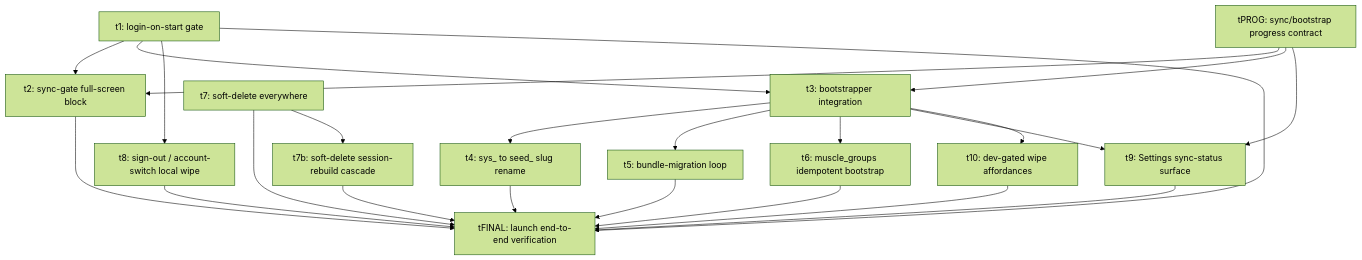
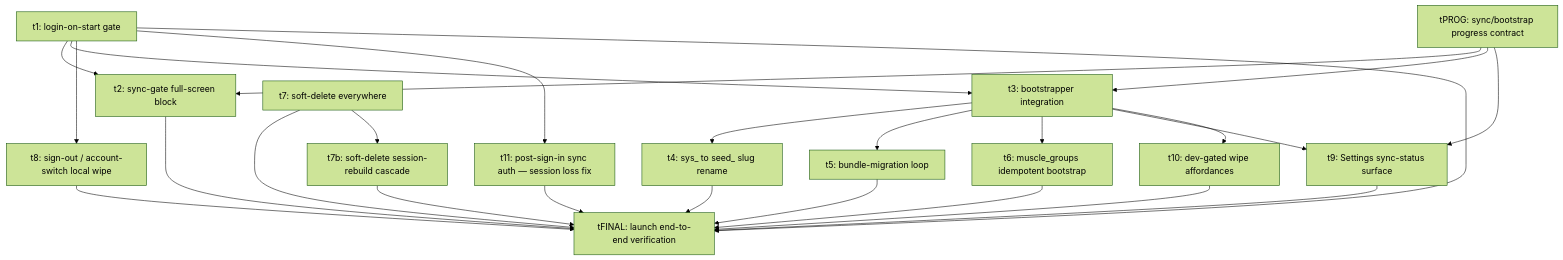
The diagram in docs/plans/sync-v2-launch/plan.md (Brotherhood-of-Ghisa/BOGA3), drawn with Mermaid (forest theme) before and after one commit. The commit also changed other lines of this file and 2 other files, not shown here.

Commit message:
chore(sync-v2-launch): iter-7 — add t11 auth-session fix; hold t2 (#113)

````diff
--- a/docs/plans/sync-v2-launch/plan.md
+++ b/docs/plans/sync-v2-launch/plan.md
@@ -116,41 +116,44 @@
 ```mermaid
 graph TD
   tPROG[tPROG: sync/bootstrap progress contract]
   t1[t1: login-on-start gate]
   t2[t2: sync-gate full-screen block]
   t3[t3: bootstrapper integration]
   t4[t4: sys_ to seed_ slug rename]
   t5[t5: bundle-migration loop]
   t6[t6: muscle_groups idempotent bootstrap]
   t7[t7: soft-delete everywhere]
   t7b[t7b: soft-delete session-rebuild cascade]
   t8[t8: sign-out / account-switch local wipe]
   t9[t9: Settings sync-status surface]
   t10[t10: dev-gated wipe affordances]
+  t11[t11: post-sign-in sync auth — session loss fix]
   tFINAL[tFINAL: launch end-to-end verification]
 
   tPROG --> t2
   tPROG --> t3
   tPROG --> t9
 
   t1 --> t2
   t1 --> t3
   t1 --> t8
   t3 --> t4
   t3 --> t5
   t3 --> t6
   t3 --> t9
   t3 --> t10
 
+  t1 --> t11
+  t11 --> tFINAL
   t1 --> tFINAL
   t2 --> tFINAL
   t4 --> tFINAL
   t5 --> tFINAL
   t6 --> tFINAL
   t7 --> tFINAL
   t7 --> t7b
   t7b --> tFINAL
   t8 --> tFINAL
   t9 --> tFINAL
   t10 --> tFINAL
 ```
````
